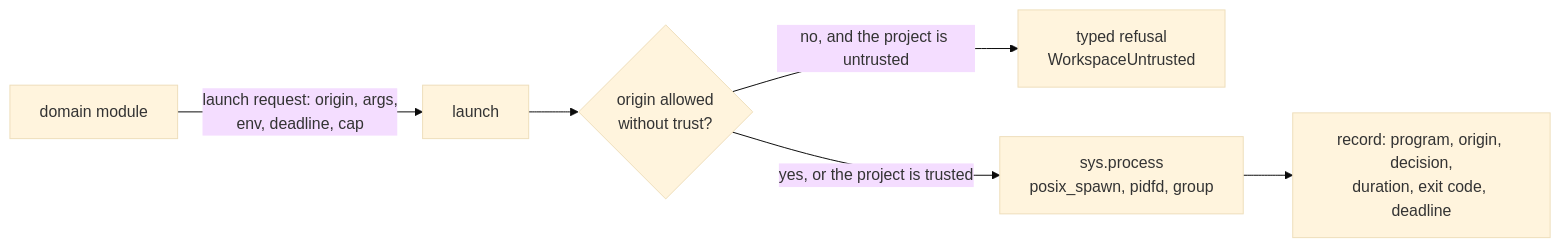
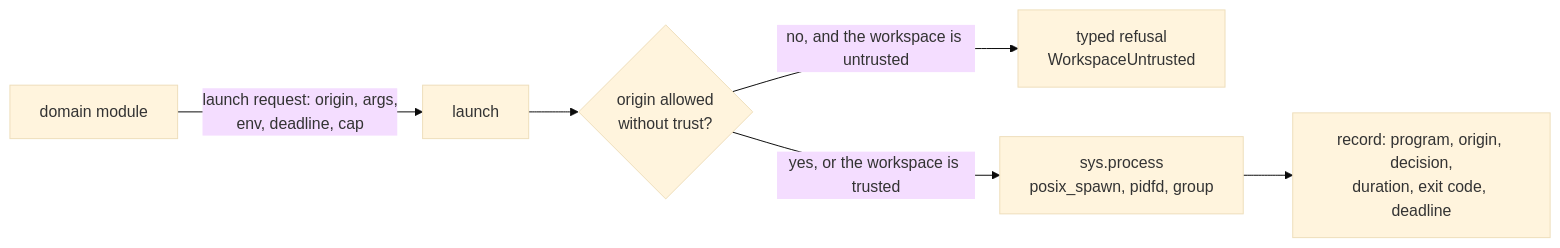
The diagram in docs/architecture/processes-and-trust.md (ViktorWalde/KineinVectis), drawn with Mermaid (base theme) before and after one commit. The commit also changed other lines of this file and 14 other files, not shown here.

````diff
--- a/docs/architecture/processes-and-trust.md
+++ b/docs/architecture/processes-and-trust.md
@@ -20,8 +20,8 @@
 ```mermaid
 flowchart LR
     CALLER["domain module"] -->|launch request: origin, args,<br/>env, deadline, cap| LAUNCH["launch"]
     LAUNCH --> TRUST{"origin allowed<br/>without trust?"}
-    TRUST -->|no, and the project is untrusted| REFUSE["typed refusal<br/>WorkspaceUntrusted"]
-    TRUST -->|yes, or the project is trusted| SPAWN["sys.process<br/>posix_spawn, pidfd, group"]
+    TRUST -->|no, and the workspace is untrusted| REFUSE["typed refusal<br/>WorkspaceUntrusted"]
+    TRUST -->|yes, or the workspace is trusted| SPAWN["sys.process<br/>posix_spawn, pidfd, group"]
     SPAWN --> RECORD["record: program, origin, decision,<br/>duration, exit code, deadline"]
 ```
````
